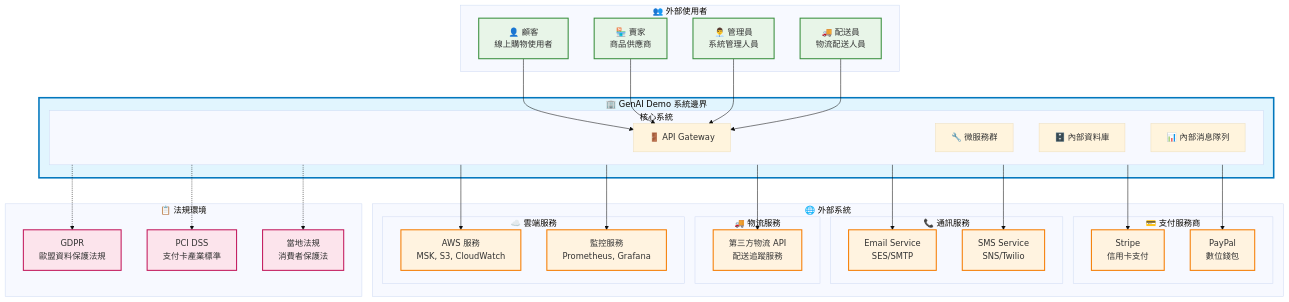
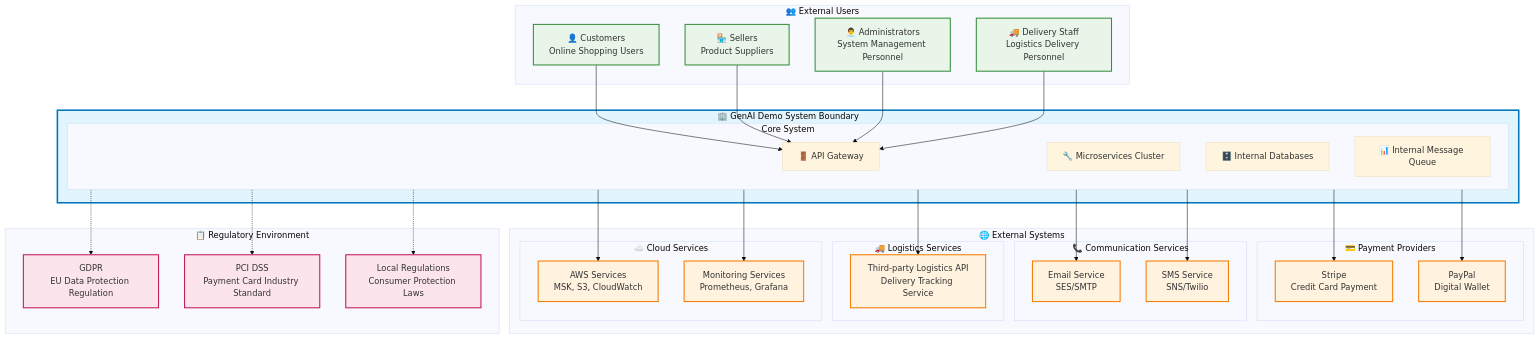
One commit to humank/genai-demo changed the first of 3 diagrams in docs/viewpoints/context/README.md. Above: the diagram before and after it, drawn with Mermaid (base theme). The commit also changed other lines of this file and 654 other files, not shown here.

````diff
--- a/docs/viewpoints/context/README.md
+++ b/docs/viewpoints/context/README.md
@@ -25,75 +25,75 @@
 ```mermaid
 graph TB
-    subgraph SYSTEM_BOUNDARY ["🏢 GenAI Demo 系統邊界"]
-        subgraph CORE_SYSTEM ["核心系統"]
+    subgraph SYSTEM_BOUNDARY ["🏢 GenAI Demo System Boundary"]
+        subgraph CORE_SYSTEM ["Core System"]
             API_GATEWAY[🚪 API Gateway]
-            MICROSERVICES[🔧 微服務群]
-            DATABASES[🗄️ 內部資料庫]
-            MESSAGE_QUEUE[📊 內部消息隊列]
+            MICROSERVICES[🔧 Microservices Cluster]
+            DATABASES[🗄️ Internal Databases]
+            MESSAGE_QUEUE[📊 Internal Message Queue]
         end
     end
     
-    subgraph EXTERNAL_USERS ["👥 外部使用者"]
-        CUSTOMERS[👤 顧客<br/>線上購物使用者]
-        SELLERS[🏪 賣家<br/>商品供應商]
-        ADMINS[👨‍💼 管理員<br/>系統管理人員]
-        DELIVERY_STAFF[🚚 配送員<br/>物流配送人員]
+    subgraph EXTERNAL_USERS ["👥 External Users"]
+        CUSTOMERS[👤 Customers<br/>Online Shopping Users]
+        SELLERS[🏪 Sellers<br/>Product Suppliers]
+        ADMINS[👨‍💼 Administrators<br/>System Management Personnel]
+        DELIVERY_STAFF[🚚 Delivery Staff<br/>Logistics Delivery Personnel]
     end
     
-    subgraph EXTERNAL_SYSTEMS ["🌐 外部系統"]
-        subgraph PAYMENT_PROVIDERS ["💳 支付服務商"]
-            STRIPE[Stripe<br/>信用卡支付]
-            PAYPAL[PayPal<br/>數位錢包]
+    subgraph EXTERNAL_SYSTEMS ["🌐 External Systems"]
+        subgraph PAYMENT_PROVIDERS ["💳 Payment Providers"]
+            STRIPE[Stripe<br/>Credit Card Payment]
+            PAYPAL[PayPal<br/>Digital Wallet]
         end
         
-        subgraph COMMUNICATION ["📞 通訊服務"]
+        subgraph COMMUNICATION ["📞 Communication Services"]
             EMAIL_SERVICE[Email Service<br/>SES/SMTP]
             SMS_SERVICE[SMS Service<br/>SNS/Twilio]
         end
         
-        subgraph LOGISTICS ["🚚 物流服務"]
-            LOGISTICS_API[第三方物流 API<br/>配送追蹤服務]
+        subgraph LOGISTICS ["🚚 Logistics Services"]
+            LOGISTICS_API[Third-party Logistics API<br/>Delivery Tracking Service]
         end
         
-        subgraph CLOUD_SERVICES ["☁️ 雲端服務"]
-            AWS_SERVICES[AWS 服務<br/>MSK, S3, CloudWatch]
-            MONITORING[監控服務<br/>Prometheus, Grafana]
+        subgraph CLOUD_SERVICES ["☁️ Cloud Services"]
+            AWS_SERVICES[AWS Services<br/>MSK, S3, CloudWatch]
+            MONITORING[Monitoring Services<br/>Prometheus, Grafana]
         end
     end
     
-    subgraph REGULATORY ["📋 法規環境"]
-        GDPR[GDPR<br/>歐盟資料保護法規]
-        PCI_DSS[PCI DSS<br/>支付卡產業標準]
-        LOCAL_LAWS[當地法規<br/>消費者保護法]
+    subgraph REGULATORY ["📋 Regulatory Environment"]
+        GDPR[GDPR<br/>EU Data Protection Regulation]
+        PCI_DSS[PCI DSS<br/>Payment Card Industry Standard]
+        LOCAL_LAWS[Local Regulations<br/>Consumer Protection Laws]
     end
     
     %% User Interactions
     CUSTOMERS --> API_GATEWAY
     SELLERS --> API_GATEWAY
     ADMINS --> API_GATEWAY
     DELIVERY_STAFF --> API_GATEWAY
     
     %% External System Integrations
     CORE_SYSTEM --> STRIPE
     CORE_SYSTEM --> PAYPAL
     CORE_SYSTEM --> EMAIL_SERVICE
     CORE_SYSTEM --> SMS_SERVICE
     CORE_SYSTEM --> LOGISTICS_API
     CORE_SYSTEM --> AWS_SERVICES
     CORE_SYSTEM --> MONITORING
     
     %% Regulatory Compliance
     CORE_SYSTEM -.-> GDPR
     CORE_SYSTEM -.-> PCI_DSS
     CORE_SYSTEM -.-> LOCAL_LAWS
     
     classDef systemBoundary fill:#e1f5fe,stroke:#0277bd,stroke-width:3px
     classDef externalUser fill:#e8f5e8,stroke:#388e3c,stroke-width:2px
     classDef externalSystem fill:#fff3e0,stroke:#f57c00,stroke-width:2px
     classDef regulatory fill:#fce4ec,stroke:#c2185b,stroke-width:2px
     
     class SYSTEM_BOUNDARY systemBoundary
     class CUSTOMERS,SELLERS,ADMINS,DELIVERY_STAFF externalUser
     class STRIPE,PAYPAL,EMAIL_SERVICE,SMS_SERVICE,LOGISTICS_API,AWS_SERVICES,MONITORING externalSystem
     class GDPR,PCI_DSS,LOCAL_LAWS regulatory
 ```
````
